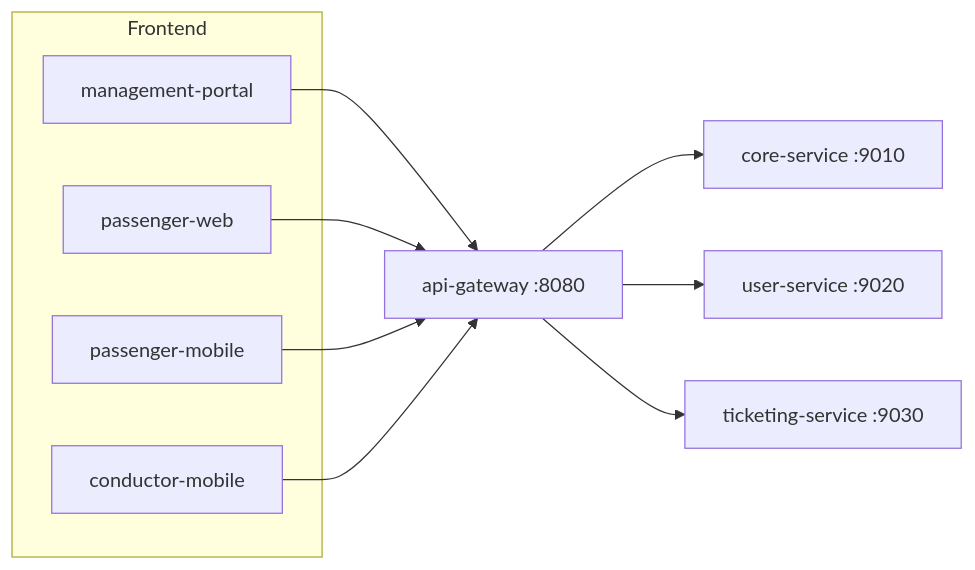
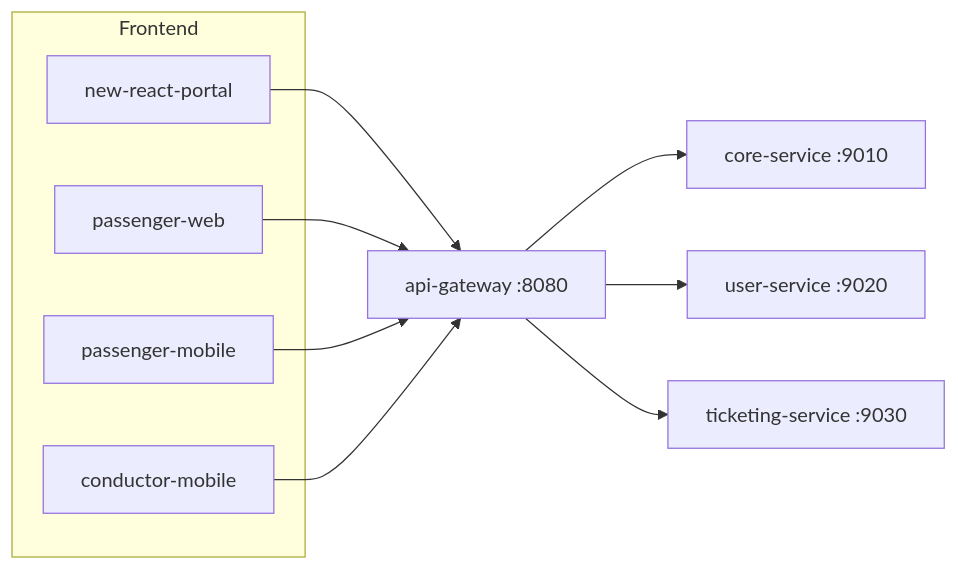
Before and after one commit to kavindadimuthu/busmate: the first of 2 diagrams in docs/busmate-platform-run-guide.md, drawn with Mermaid. The commit also changed other lines of this file and 23 other files, not shown here.

First line of the commit message:
docs: repoint stale management-portal references to new-react-portal

````diff
--- a/docs/busmate-platform-run-guide.md
+++ b/docs/busmate-platform-run-guide.md
@@ -14,18 +14,18 @@
 ```mermaid
 flowchart LR
   subgraph Frontend
-    MP[management-portal]
+    MP[new-react-portal]
     PW[passenger-web]
     PM[passenger-mobile]
     CM[conductor-mobile]
   end
 
   MP --> GW[api-gateway :8080]
   PW --> GW
   PM --> GW
   CM --> GW
 
   GW --> CORE[core-service :9010]
   GW --> USER[user-service :9020]
   GW --> TKT[ticketing-service :9030]
 ```
````
